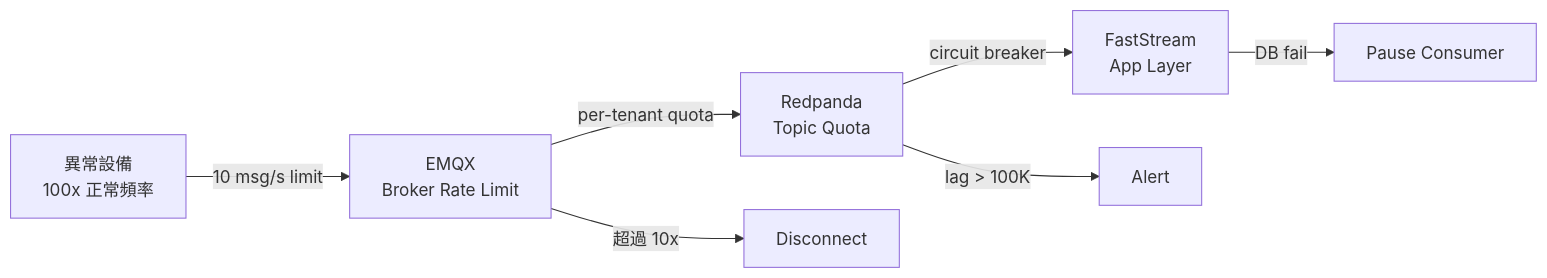
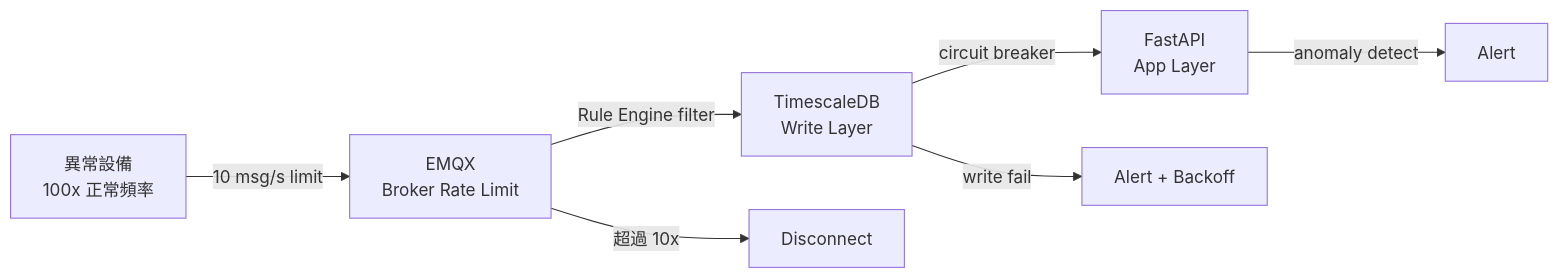
Before and after one commit to osisdie/osisdie.github.io: the fifth of 8 diagrams in _posts/2026/2026-03-30-iot-1m-device-architecture.md, drawn with Mermaid. The commit also changed other lines of this file, not shown here.

First line of the commit message:
docs: simplify IoT post — Redpanda as >1M scale-out, not core

````diff
--- a/_posts/2026/2026-03-30-iot-1m-device-architecture.md
+++ b/_posts/2026/2026-03-30-iot-1m-device-architecture.md
@@ -467,10 +450,10 @@
 ```mermaid
 flowchart LR
     D[異常設備<br/>100x 正常頻率] -->|10 msg/s limit| E[EMQX<br/>Broker Rate Limit]
-    E -->|per-tenant quota| R[Redpanda<br/>Topic Quota]
-    R -->|circuit breaker| F[FastStream<br/>App Layer]
+    E -->|Rule Engine filter| T[TimescaleDB<br/>Write Layer]
+    T -->|circuit breaker| A[FastAPI<br/>App Layer]
 
     E -->|超過 10x| X1[Disconnect]
-    R -->|lag > 100K| X2[Alert]
-    F -->|DB fail| X3[Pause Consumer]
+    T -->|write fail| X2[Alert + Backoff]
+    A -->|anomaly detect| X3[Alert]
 ```
````
